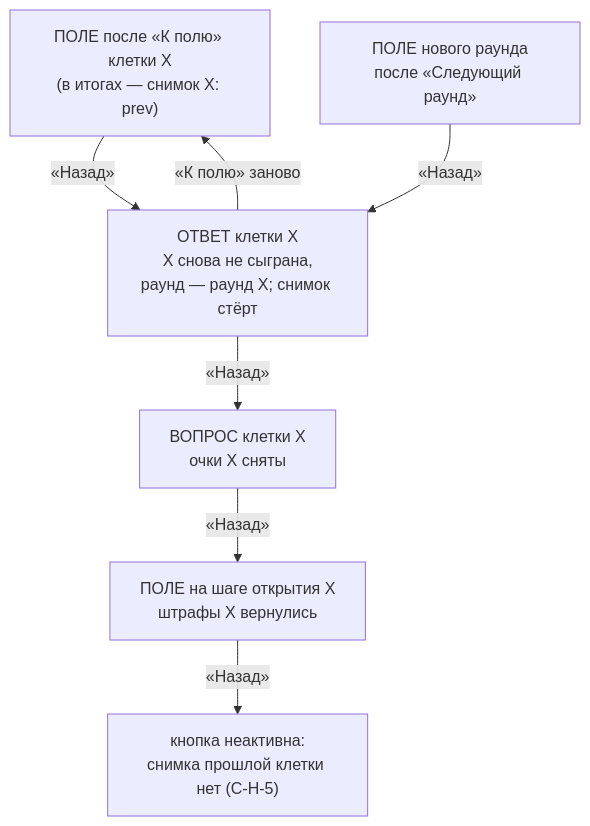
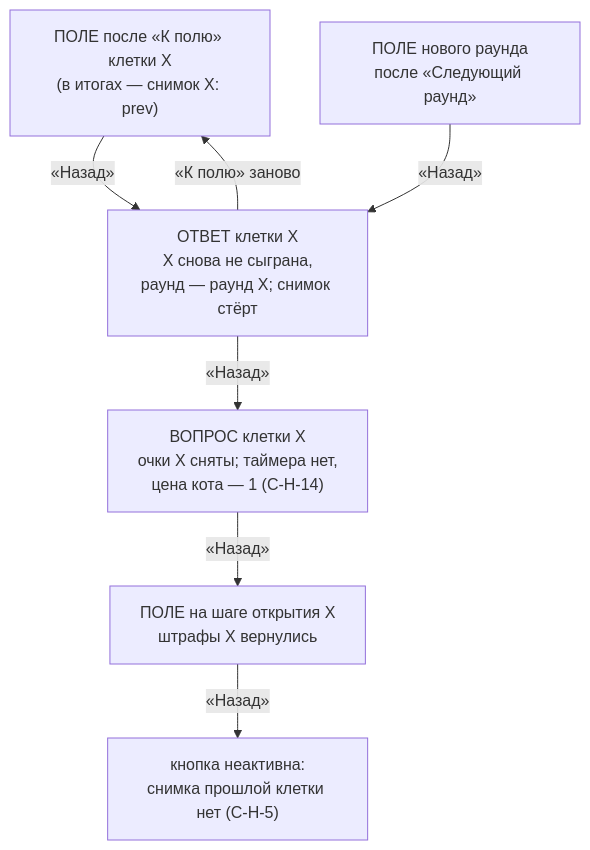
The fifth of 6 diagrams in src/mechanics/board/LOGIC.md (Joonde/joyrest-games), drawn with Mermaid before and after one commit. The commit also changed other lines of this file and 12 other files, not shown here.

````diff
--- a/src/mechanics/board/LOGIC.md
+++ b/src/mechanics/board/LOGIC.md
@@ -194,9 +196,9 @@
 ```mermaid
 flowchart TD
     A["ПОЛЕ после «К полю» клетки X<br/>(в итогах — снимок X: prev)"] -- "«Назад»" --> B["ОТВЕТ клетки X<br/>X снова не сыграна,<br/>раунд — раунд X; снимок стёрт"]
     N["ПОЛЕ нового раунда<br/>после «Следующий раунд»"] -- "«Назад»" --> B
-    B -- "«Назад»" --> C["ВОПРОС клетки X<br/>очки X сняты"]
+    B -- "«Назад»" --> C["ВОПРОС клетки X<br/>очки X сняты; таймера нет,<br/>цена кота — 1 (С-Н-14)"]
     C -- "«Назад»" --> D["ПОЛЕ на шаге открытия X<br/>штрафы X вернулись"]
     D -- "«Назад»" --> E["кнопка неактивна:<br/>снимка прошлой клетки нет (С-Н-5)"]
     B -- "«К полю» заново" --> A
 ```
````
